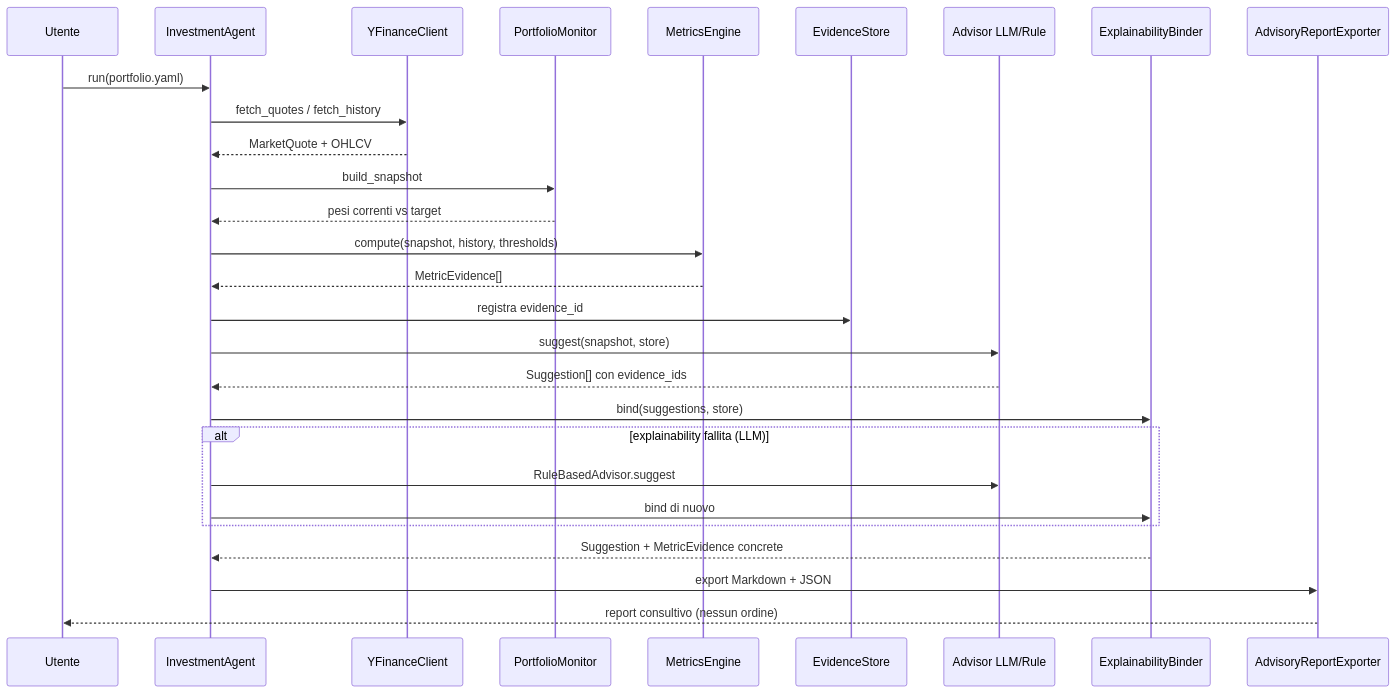
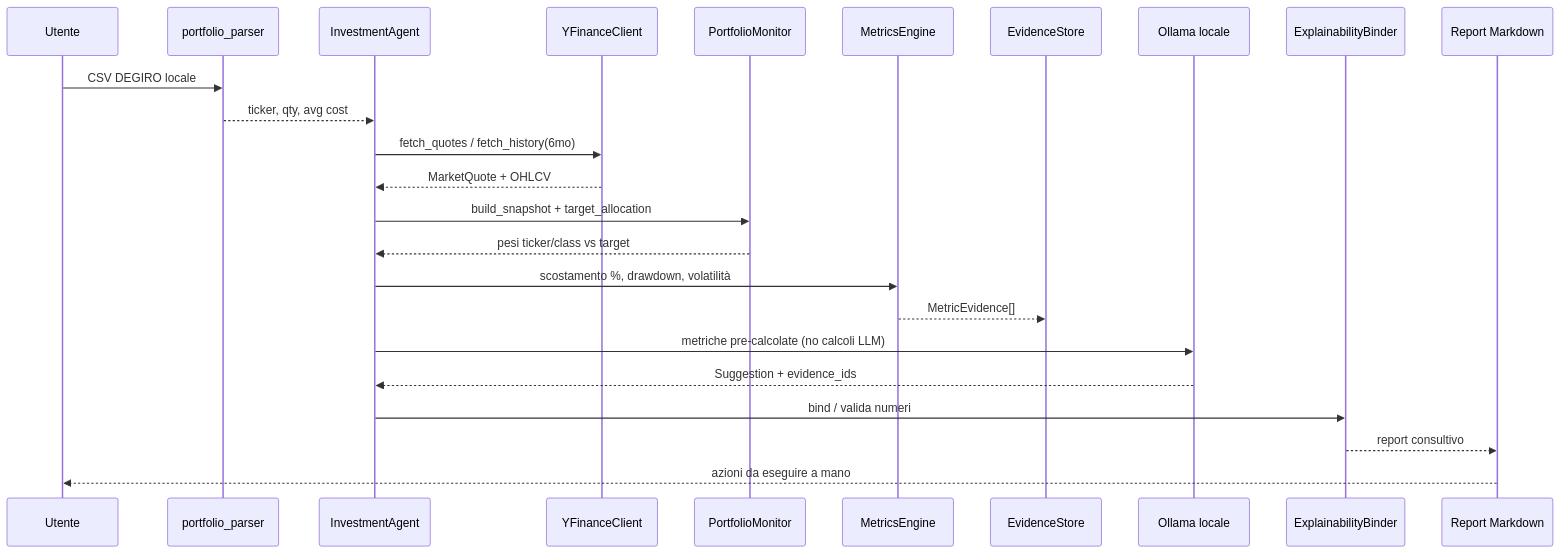
One commit to HyLora/investment-agent changed the second of 2 diagrams in docs/ARCHITECTURE.md. Above: the diagram before and after it, drawn with Mermaid. The commit also changed other lines of this file and 23 other files, not shown here.

First line of the commit message:
feat: DEGIRO CSV ingest, local Ollama advisor, target_allocation skeleton

````diff
--- a/docs/ARCHITECTURE.md
+++ b/docs/ARCHITECTURE.md
@@ -34,31 +36,27 @@
 ```mermaid
 sequenceDiagram
   participant U as Utente
+  participant P as portfolio_parser
   participant A as InvestmentAgent
   participant Y as YFinanceClient
   participant M as PortfolioMonitor
   participant E as MetricsEngine
   participant S as EvidenceStore
-  participant L as Advisor LLM/Rule
+  participant L as Ollama locale
   participant B as ExplainabilityBinder
-  participant R as AdvisoryReportExporter
+  participant R as Report Markdown
 
-  U->>A: run(portfolio.yaml)
-  A->>Y: fetch_quotes / fetch_history
+  U->>P: CSV DEGIRO locale
+  P-->>A: ticker, qty, avg cost
+  A->>Y: fetch_quotes / fetch_history(6mo)
   Y-->>A: MarketQuote + OHLCV
-  A->>M: build_snapshot
-  M-->>A: pesi correnti vs target
-  A->>E: compute(snapshot, history, thresholds)
-  E-->>A: MetricEvidence[]
-  A->>S: registra evidence_id
-  A->>L: suggest(snapshot, store)
-  L-->>A: Suggestion[] con evidence_ids
-  A->>B: bind(suggestions, store)
-  alt explainability fallita (LLM)
-    A->>L: RuleBasedAdvisor.suggest
-    A->>B: bind di nuovo
-  end
-  B-->>A: Suggestion + MetricEvidence concrete
-  A->>R: export Markdown + JSON
-  R-->>U: report consultivo (nessun ordine)
+  A->>M: build_snapshot + target_allocation
+  M-->>A: pesi ticker/class vs target
+  A->>E: scostamento %, drawdown, volatilità
+  E-->>S: MetricEvidence[]
+  A->>L: metriche pre-calcolate (no calcoli LLM)
+  L-->>A: Suggestion + evidence_ids
+  A->>B: bind / valida numeri
+  B-->>R: report consultivo
+  R-->>U: azioni da eseguire a mano
 ```
````
